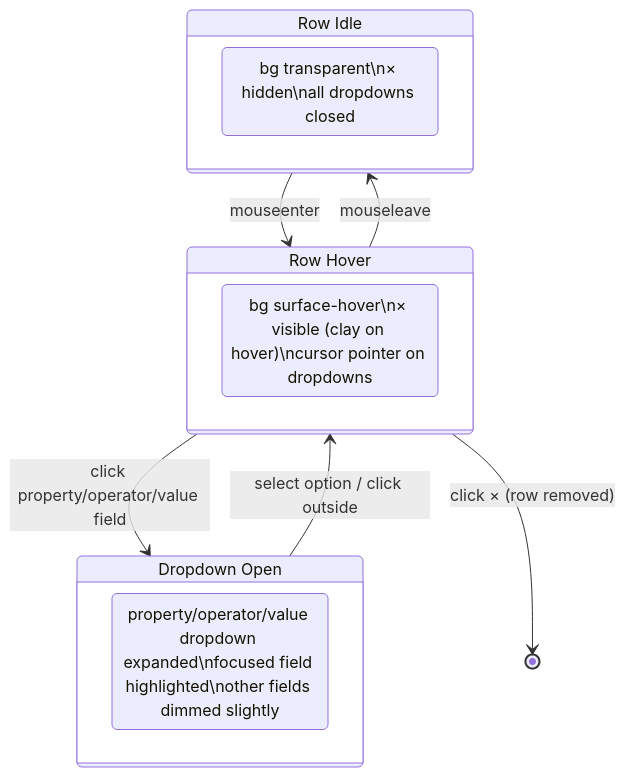
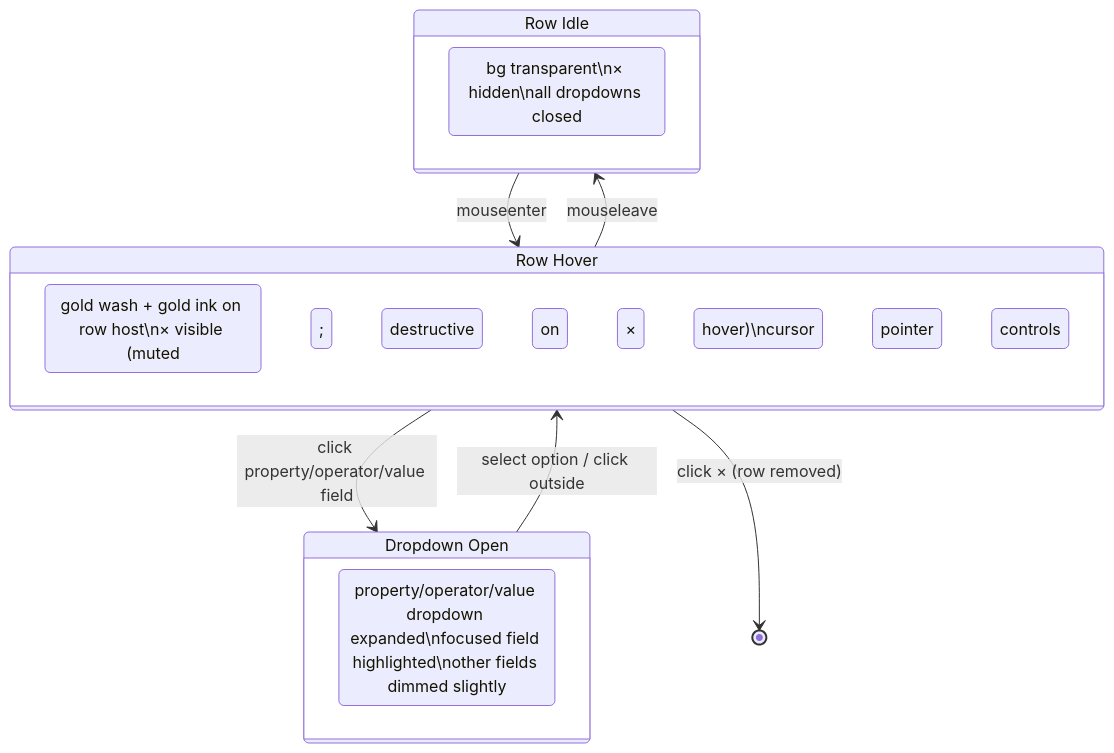
The eighth of 8 diagrams in docs/specs/component/filters/filter-dropdown.md (matkleve/feldpost), drawn with Mermaid before and after one commit. The commit also changed other lines of this file and 22 other files, not shown here.

````diff
--- a/docs/specs/component/filters/filter-dropdown.md
+++ b/docs/specs/component/filters/filter-dropdown.md
@@ -333,18 +345,18 @@
 ```mermaid
 stateDiagram-v2
     state "Row Idle" as Idle {
         [*]: bg transparent\n× hidden\nall dropdowns closed
     }
     state "Row Hover" as Hover {
-        [*]: bg surface-hover\n× visible (clay on hover)\ncursor pointer on dropdowns
+        [*]: gold wash + gold ink on row host\n× visible (muted; destructive on × hover)\ncursor pointer on controls
     }
     state "Dropdown Open" as DropOpen {
         [*]: property/operator/value dropdown expanded\nfocused field highlighted\nother fields dimmed slightly
     }
 
     Idle --> Hover: mouseenter
     Hover --> Idle: mouseleave
     Hover --> DropOpen: click property/operator/value field
     DropOpen --> Hover: select option / click outside
     Hover --> [*]: click × (row removed)
 ```
````
